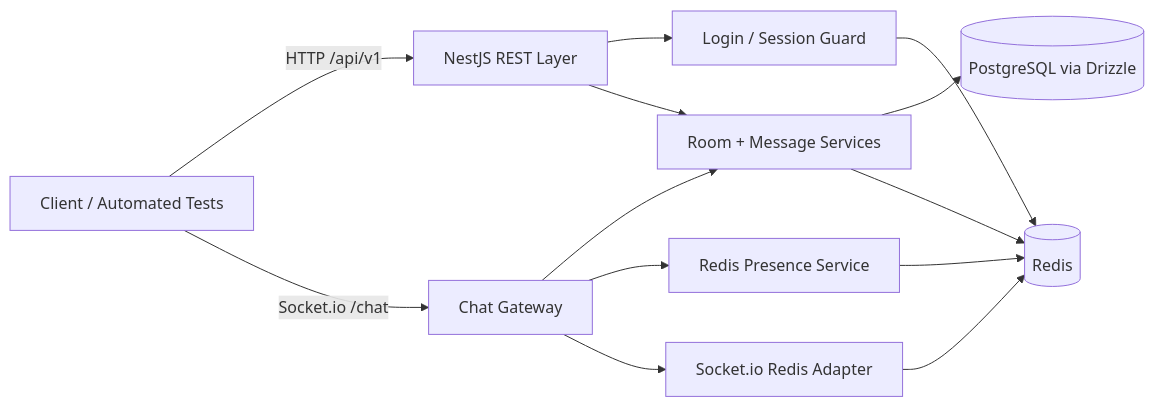
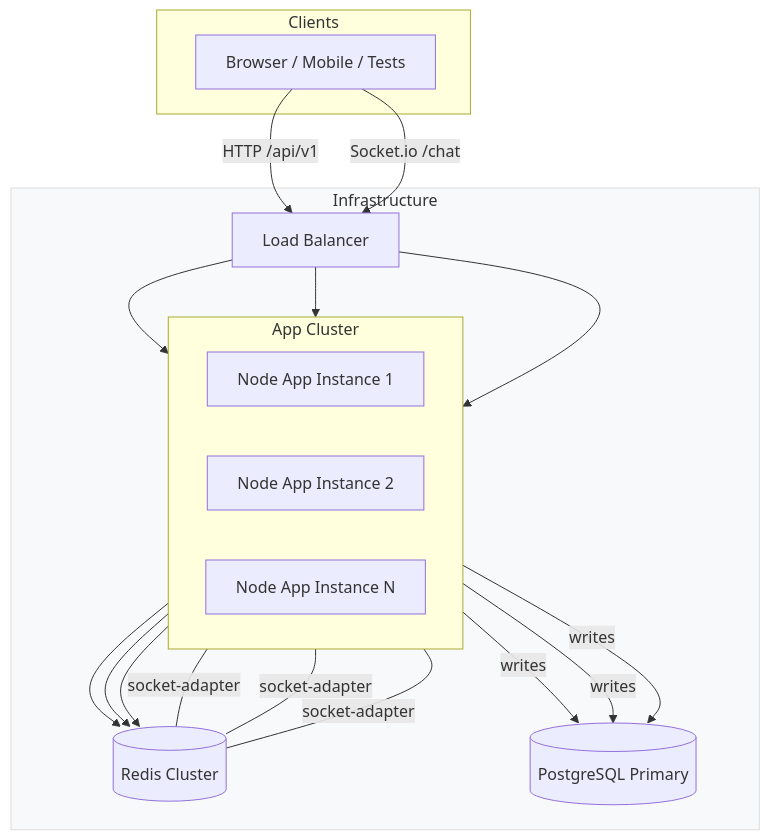
Before and after one commit to gazi275/Anonymous-Chat-API: the diagram in ARCHITECTURE.md, drawn with Mermaid. The commit also changed other lines of this file and 6 other files, not shown here.

Commit message:
Enhance migration management with Drizzle configuration and CI integration; update architecture documentation and folder structure

````diff
--- a/ARCHITECTURE.md
+++ b/ARCHITECTURE.md
@@ -3,17 +3,41 @@
 ```mermaid
-flowchart LR
-  Client[Client / Automated Tests] -->|HTTP /api/v1| API[NestJS REST Layer]
-  Client -->|Socket.io /chat| WS[Chat Gateway]
+%% Detailed system diagram showing components and message flow
+flowchart TB
+  subgraph client_side [Clients]
+    A[Browser / Mobile / Tests]
+  end
 
-  API --> Auth[Login / Session Guard]
-  API --> Rooms[Room + Message Services]
-  WS --> Rooms
-  WS --> Presence[Redis Presence Service]
+  subgraph infra [Infrastructure]
+    LB[Load Balancer]
+    subgraph apps [App Cluster]
+      direction LR
+      App1[Node App Instance 1]
+      App2[Node App Instance 2]
+      App3[Node App Instance N]
+    end
 
-  Auth --> R[(Redis)]
-  Presence --> R
-  Rooms --> DB[(PostgreSQL via Drizzle)]
-  Rooms --> R
-  WS --> Adapter[Socket.io Redis Adapter]
-  Adapter --> R
+    Redis[(Redis Cluster)]
+    Postgres[(PostgreSQL Primary)]
+  end
+
+  A -->|HTTP /api/v1| LB
+  A -->|Socket.io /chat| LB
+  LB --> App1
+  LB --> App2
+  LB --> App3
+
+  App1 -->|writes| Postgres
+  App2 -->|writes| Postgres
+  App3 -->|writes| Postgres
+
+  App1 --> Redis
+  App2 --> Redis
+  App3 --> Redis
+
+  App1 ---|socket-adapter| Redis
+  App2 ---|socket-adapter| Redis
+  App3 ---|socket-adapter| Redis
+
+  classDef infra fill:#f8f9fa,stroke:#ddd
+  class infra infra
 ```
````
